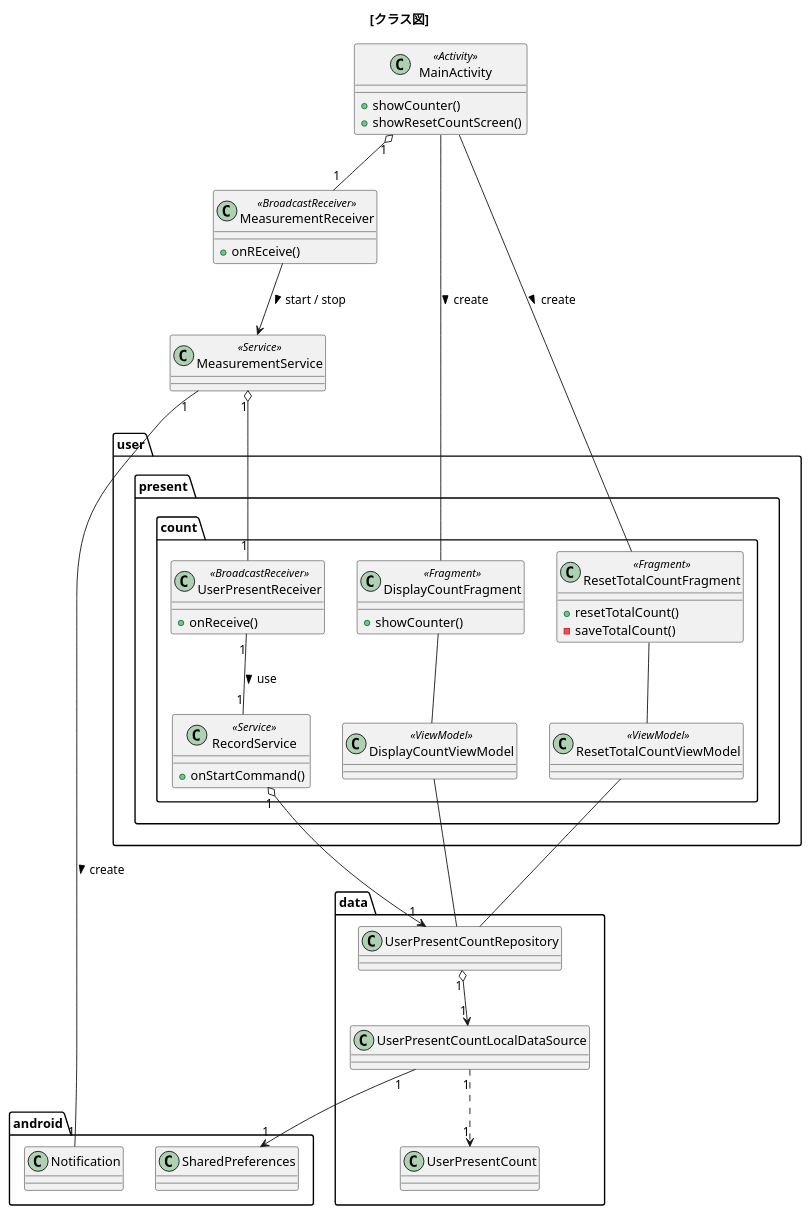
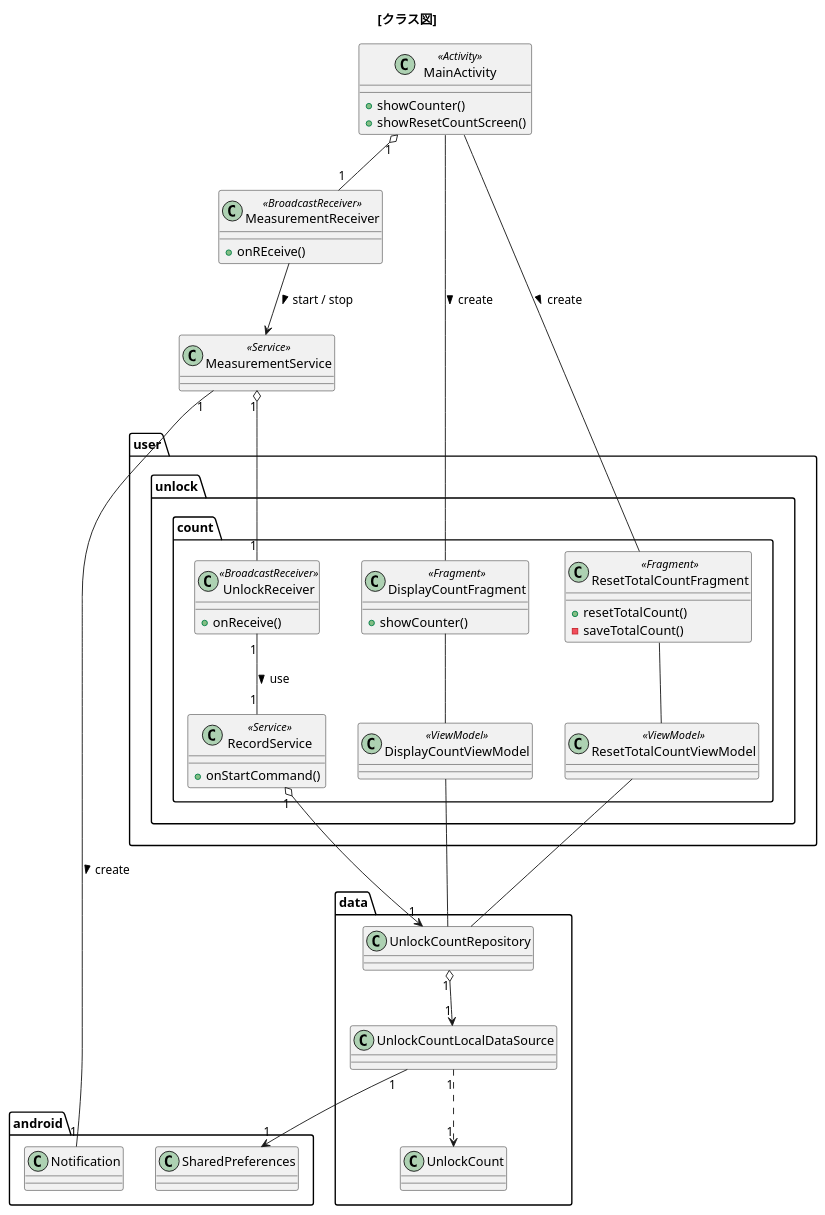
The diagram in design/class_diagram.pu (dotechan/UserPresentCounter), drawn with PlantUML before and after one commit. The commit also changed 9 other files, not shown here.

Commit message:
Rename "user present" to "unlock"

```diff
--- a/design/class_diagram.pu
+++ b/design/class_diagram.pu
@@ -1,74 +1,74 @@
 @startuml
 
 title [クラス図]
 
 ' === 定義 ===
 package android {
     class SharedPreferences
     class Notification
 }
 
 class MainActivity <<Activity>> {
     + showCounter()
     + showResetCountScreen()
 }
 
 class MeasurementReceiver <<BroadcastReceiver>> {
     + onREceive()
 }
 
 class MeasurementService <<Service>> {
 
 }
 
-package user.present.count {
-    class UserPresentReceiver <<BroadcastReceiver>> {
+package user.unlock.count {
+    class UnlockReceiver <<BroadcastReceiver>> {
         + onReceive()
     }
 
     class RecordService <<Service>> {
         + onStartCommand()
     }
 
     class DisplayCountFragment <<Fragment>> {
         + showCounter()
     }
 
     class DisplayCountViewModel <<ViewModel>> {
     }
 
     class ResetTotalCountFragment <<Fragment>> {
         + resetTotalCount()
         - saveTotalCount()
     }
 
     class ResetTotalCountViewModel <<ViewModel>> {
 
     }
 }
 
 package data {
-    class UserPresentCountRepository
-    class UserPresentCountLocalDataSource
-    class UserPresentCount
+    class UnlockCountRepository
+    class UnlockCountLocalDataSource
+    class UnlockCount
 }
 
 ' === 関係 ===
 MainActivity "1" o-- "1" MeasurementReceiver
 MeasurementReceiver --> MeasurementService : start / stop >
-MeasurementService "1" o-- "1" UserPresentReceiver
+MeasurementService "1" o-- "1" UnlockReceiver
 MeasurementService "1" -- "1" Notification : create >
-UserPresentReceiver "1" -- "1" RecordService : use >
-RecordService "1" o--> "1" UserPresentCountRepository
-UserPresentCountRepository "1" o--> "1" UserPresentCountLocalDataSource
-UserPresentCountLocalDataSource "1" ..> "1" UserPresentCount
-UserPresentCountLocalDataSource "1" --> "1" SharedPreferences
+UnlockReceiver "1" -- "1" RecordService : use >
+RecordService "1" o--> "1" UnlockCountRepository
+UnlockCountRepository "1" o--> "1" UnlockCountLocalDataSource
+UnlockCountLocalDataSource "1" ..> "1" UnlockCount
+UnlockCountLocalDataSource "1" --> "1" SharedPreferences
 
 MainActivity -- DisplayCountFragment : create >
 MainActivity -- ResetTotalCountFragment : create >
 DisplayCountFragment -- DisplayCountViewModel
 ResetTotalCountFragment -- ResetTotalCountViewModel
-DisplayCountViewModel -- UserPresentCountRepository
-ResetTotalCountViewModel -- UserPresentCountRepository
+DisplayCountViewModel -- UnlockCountRepository
+ResetTotalCountViewModel -- UnlockCountRepository
 
 @enduml
```
